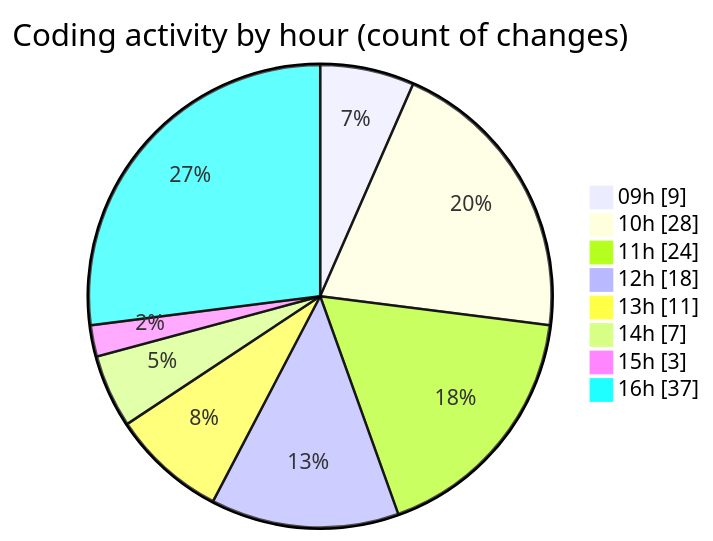
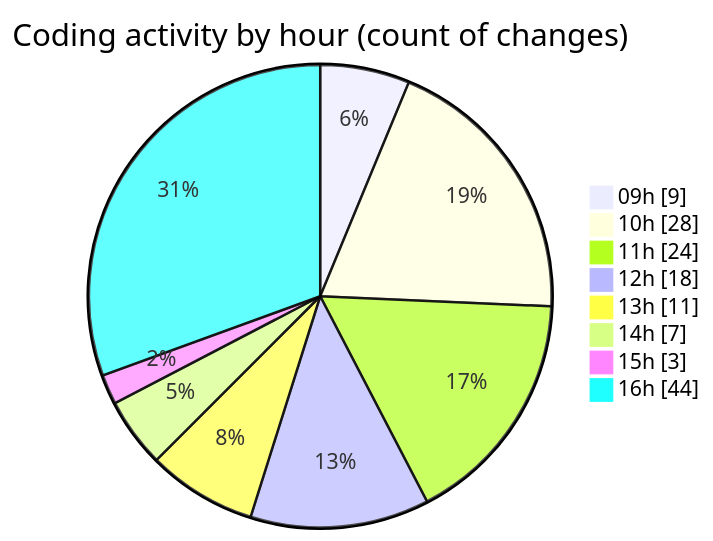
The second of 2 diagrams in 2025-09-18/cda/README.md (momahboobian/code-tracking), drawn with Mermaid before and after one commit. The commit also changed other lines of this file and 1 other file, not shown here.

````diff
--- a/2025-09-18/cda/README.md
+++ b/2025-09-18/cda/README.md
@@ -39,12 +39,12 @@
 ```mermaid
 pie showData
 title Coding activity by hour (count of changes)
 "09h" : 9
 "10h" : 28
 "11h" : 24
 "12h" : 18
 "13h" : 11
 "14h" : 7
 "15h" : 3
-"16h" : 37
+"16h" : 44
 ```
````
